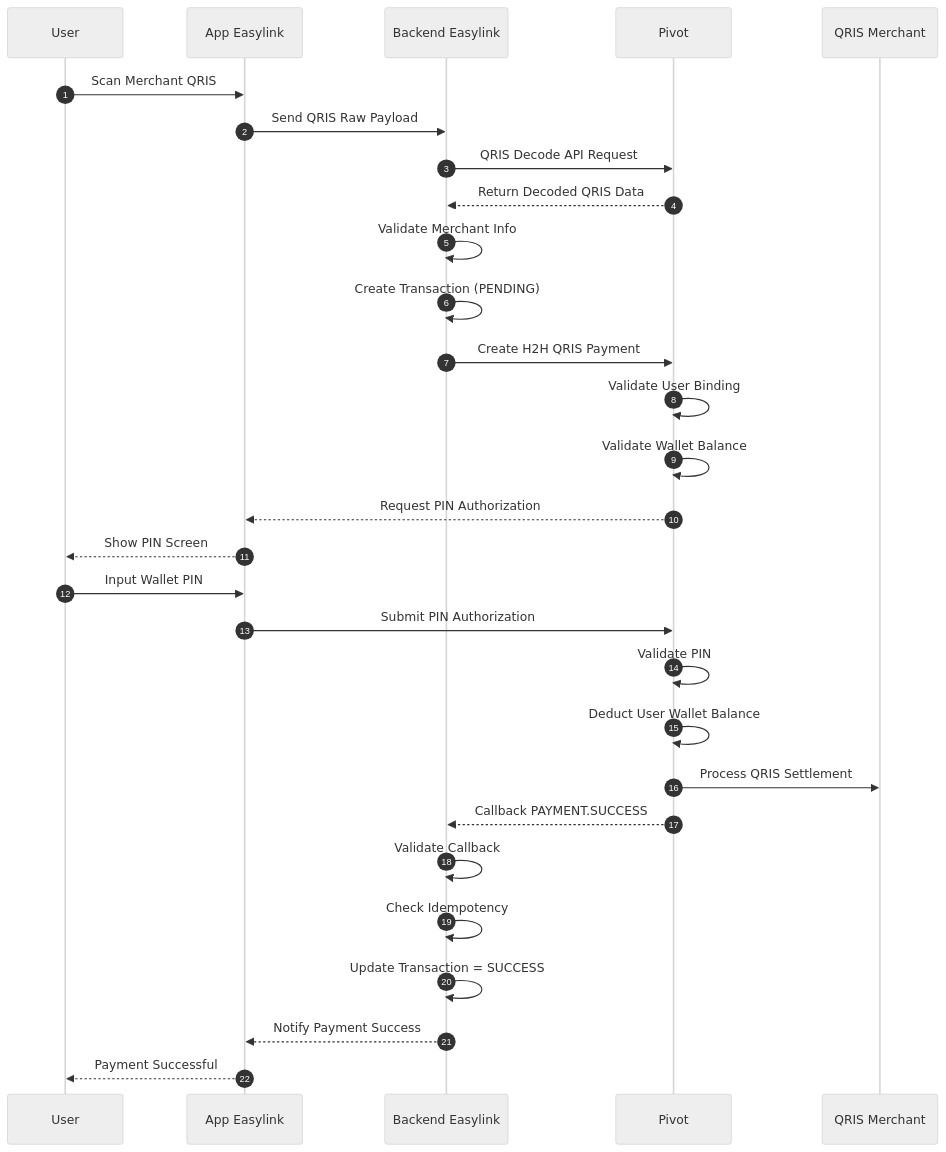
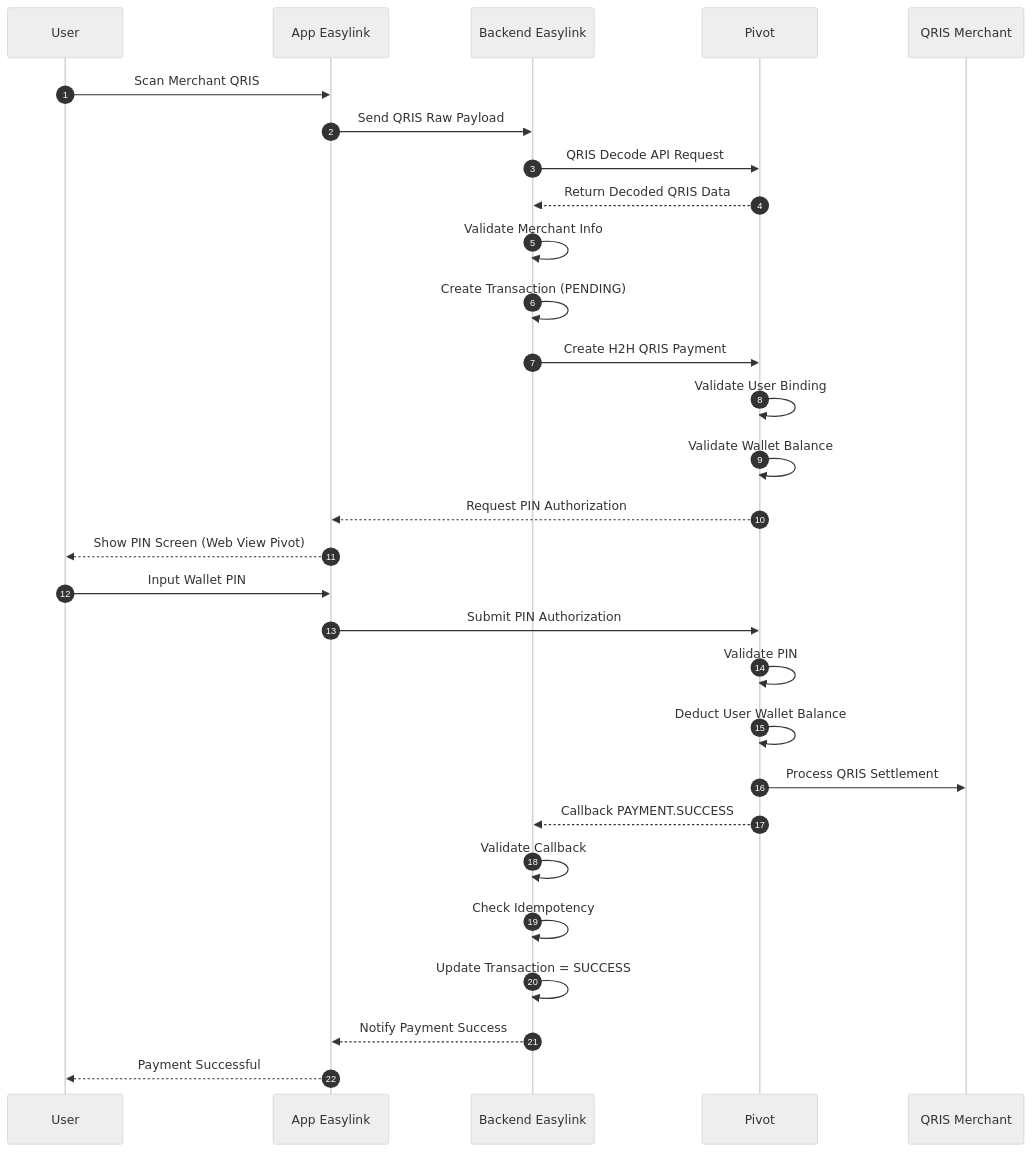
One commit to ayolinx-easylink/esy-ppob-ewallet changed the diagram in easylink-qris-h2h-decode-flow.md. Above: the diagram before and after it, drawn with Mermaid (neutral theme).

Commit message:
Update PIN screen description to include Web View Pivot

````diff
--- a/easylink-qris-h2h-decode-flow.md
+++ b/easylink-qris-h2h-decode-flow.md
@@ -42,50 +42,50 @@
 ```mermaid
 sequenceDiagram
     autonumber
 
     participant U as User
     participant A as App Easylink
     participant W as Backend Easylink
     participant P as Pivot
     participant M as QRIS Merchant
 
     %% Step 1 - Scan QRIS
     U->>A: Scan Merchant QRIS
     A->>W: Send QRIS Raw Payload
 
     %% Step 2 - Decode QRIS
     W->>P: QRIS Decode API Request
     P-->>W: Return Decoded QRIS Data
 
     %% Step 3 - Validate QRIS
     W->>W: Validate Merchant Info
     W->>W: Create Transaction (PENDING)
 
     %% Step 4 - Initiate H2H Payment
     W->>P: Create H2H QRIS Payment
 
     P->>P: Validate User Binding
     P->>P: Validate Wallet Balance
 
     %% Step 5 - User Authorization
     P-->>A: Request PIN Authorization
-    A-->>U: Show PIN Screen
+    A-->>U: Show PIN Screen (Web View Pivot)
 
     U->>A: Input Wallet PIN
     A->>P: Submit PIN Authorization
 
     %% Step 6 - Execute Payment
     P->>P: Validate PIN
     P->>P: Deduct User Wallet Balance
     P->>M: Process QRIS Settlement
 
     %% Step 7 - Payment Result
     P-->>W: Callback PAYMENT.SUCCESS
 
     W->>W: Validate Callback
     W->>W: Check Idempotency
     W->>W: Update Transaction = SUCCESS
 
     W-->>A: Notify Payment Success
     A-->>U: Payment Successful
 ```
````
